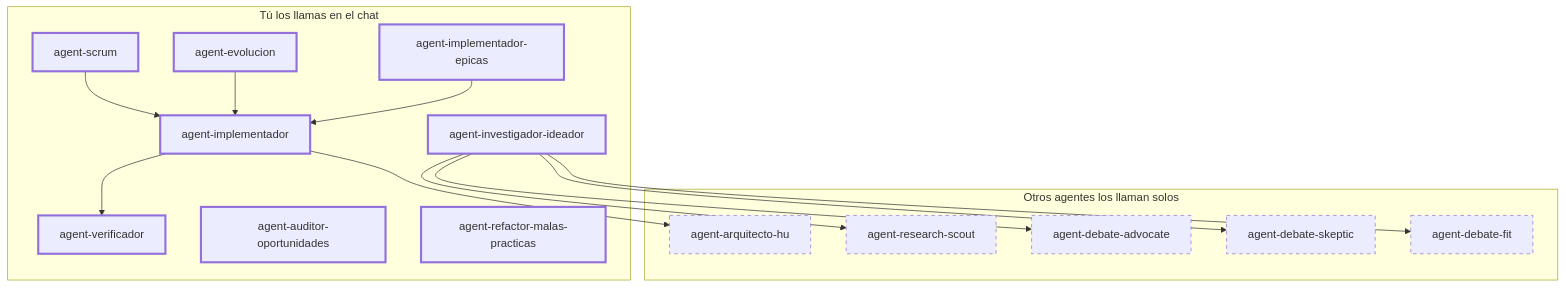
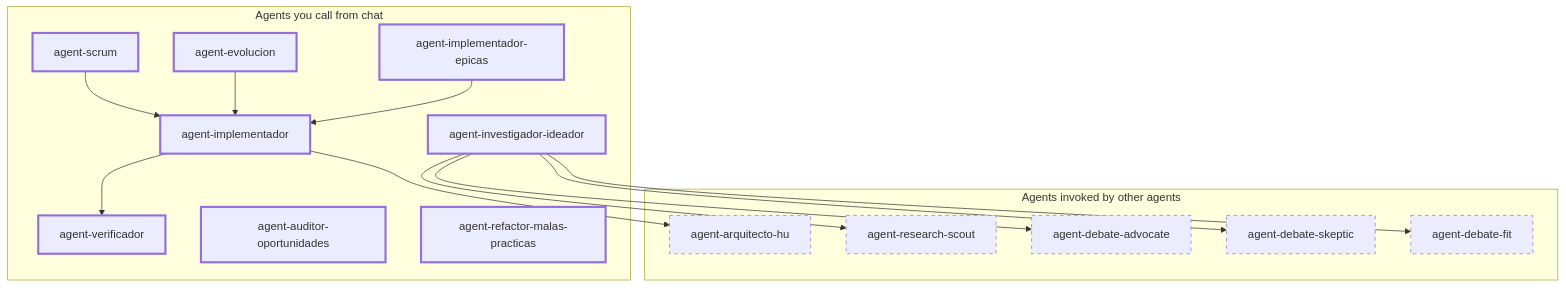
One commit to dguzmano96/scrum-dev-agents changed the diagram in docs/primera-linea.md. Above: the diagram before and after it, drawn with Mermaid. The commit also changed other lines of this file and 45 other files, not shown here.

````diff
--- a/docs/primera-linea.md
+++ b/docs/primera-linea.md
@@ -9,46 +11,46 @@
 ```mermaid
 flowchart TB
-    subgraph primera_linea["Tú los llamas en el chat"]
+    subgraph primera_linea["Agents you call from chat"]
         scrum["agent-scrum"]
         evolucion["agent-evolucion"]
         ideador["agent-investigador-ideador"]
         impl["agent-implementador"]
         impl_epi["agent-implementador-epicas"]
         verif["agent-verificador"]
         auditor["agent-auditor-oportunidades"]
         refactor["agent-refactor-malas-practicas"]
     end
 
-    subgraph internos["Otros agentes los llaman solos"]
+    subgraph internos["Agents invoked by other agents"]
         arq["agent-arquitecto-hu"]
         scout["agent-research-scout"]
         adv["agent-debate-advocate"]
         skep["agent-debate-skeptic"]
         fit["agent-debate-fit"]
     end
 
     scrum --> impl
     evolucion --> impl
     ideador --> scout
     ideador --> adv
     ideador --> skep
     ideador --> fit
     impl_epi --> impl
     impl --> arq
     impl --> verif
 
     style scrum stroke-width:3px
     style evolucion stroke-width:3px
     style ideador stroke-width:3px
     style impl stroke-width:3px
     style impl_epi stroke-width:3px
     style verif stroke-width:3px
     style auditor stroke-width:3px
     style refactor stroke-width:3px
 
     style arq stroke-dasharray: 5 5
     style scout stroke-dasharray: 5 5
     style adv stroke-dasharray: 5 5
     style skep stroke-dasharray: 5 5
     style fit stroke-dasharray: 5 5
 ```
````
